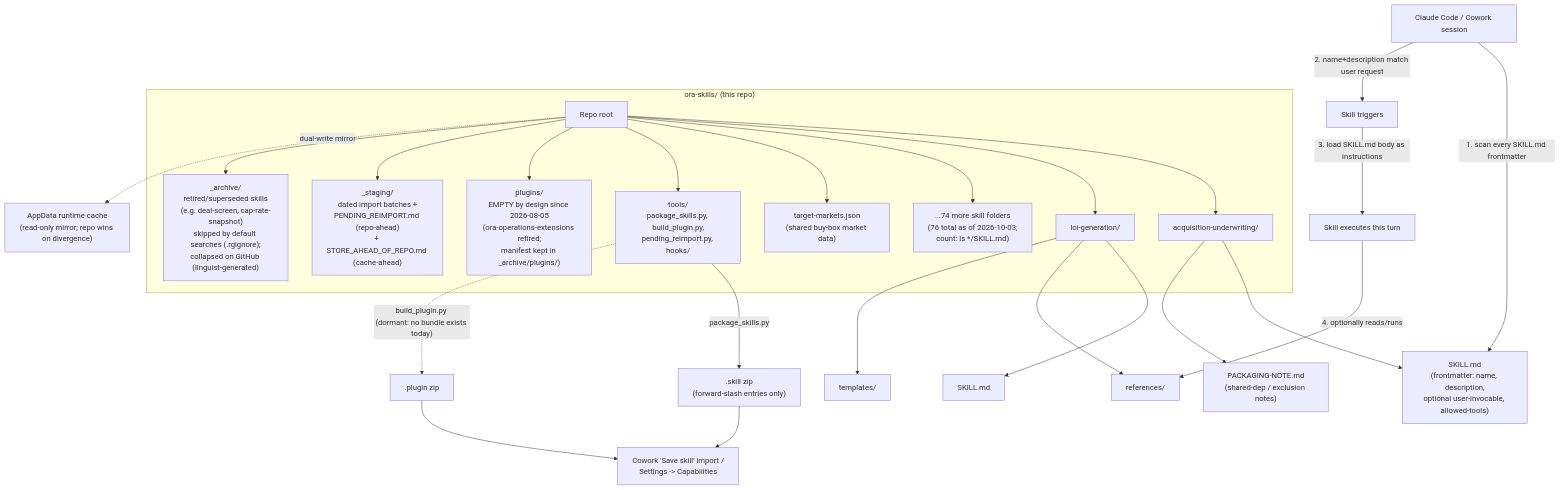
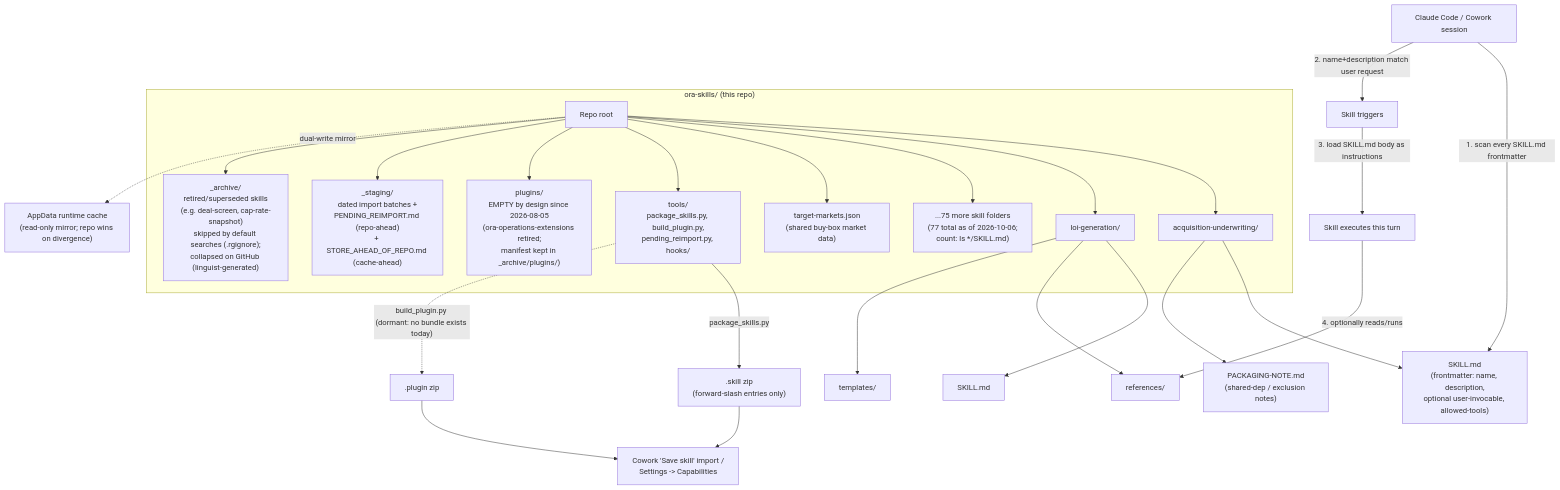
The first of 3 diagrams in README.md (ZeOoba/ora-skills), drawn with Mermaid before and after one commit. The commit also changed other lines of this file and 9 other files, not shown here.

````diff
--- a/README.md
+++ b/README.md
@@ -30,40 +30,40 @@
 ```mermaid
 flowchart TD
     subgraph Repo["ora-skills/ (this repo)"]
         Root["Repo root"]
         S1["acquisition-underwriting/"]
         S2["loi-generation/"]
-        S3["...74 more skill folders\n(76 total as of 2026-10-03;\ncount: ls */SKILL.md)"]
+        S3["...75 more skill folders\n(77 total as of 2026-10-06;\ncount: ls */SKILL.md)"]
         Shared["target-markets.json\n(shared buy-box market data)"]
         Tools["tools/\npackage_skills.py, build_plugin.py,\npending_reimport.py, hooks/"]
         Plugins["plugins/\nEMPTY by design since 2026-08-05\n(ora-operations-extensions retired;\nmanifest kept in _archive/plugins/)"]
         Staging["_staging/\ndated import batches +\nPENDING_REIMPORT.md (repo-ahead)\n+ STORE_AHEAD_OF_REPO.md (cache-ahead)"]
         Archive["_archive/\nretired/superseded skills\n(e.g. deal-screen, cap-rate-snapshot)\nskipped by default searches (.rgignore);\ncollapsed on GitHub (linguist-generated)"]
     end
 
     Root --> S1
     Root --> S2
     Root --> S3
     Root --> Shared
     Root --> Tools
     Root --> Plugins
     Root --> Staging
     Root --> Archive
 
     S1 --> F1["SKILL.md\n(frontmatter: name, description,\noptional user-invocable, allowed-tools)"]
     S1 --> P1["PACKAGING-NOTE.md\n(shared-dep / exclusion notes)"]
     S2 --> F2["SKILL.md"]
     S2 --> R2["references/"]
     S2 --> T2["templates/"]
 
     Tools -- "package_skills.py <outdir>" --> Skillzip[".skill zip\n(forward-slash entries only)"]
     Tools -. "build_plugin.py <plugin>\n(dormant: no bundle exists today)" .-> Pluginzip[".plugin zip"]
     Skillzip --> Cowork["Cowork 'Save skill' import /\nSettings -> Capabilities"]
     Pluginzip --> Cowork
     Root -. "dual-write mirror" .-> AppData["AppData runtime cache\n(read-only mirror; repo wins on divergence)"]
 
     Session["Claude Code / Cowork session"] -- "1. scan every SKILL.md frontmatter" --> F1
     Session -- "2. name+description match user request" --> Trigger["Skill triggers"]
     Trigger -- "3. load SKILL.md body as instructions" --> Exec["Skill executes this turn"]
     Exec -- "4. optionally reads/runs" --> R2
 ```
````
